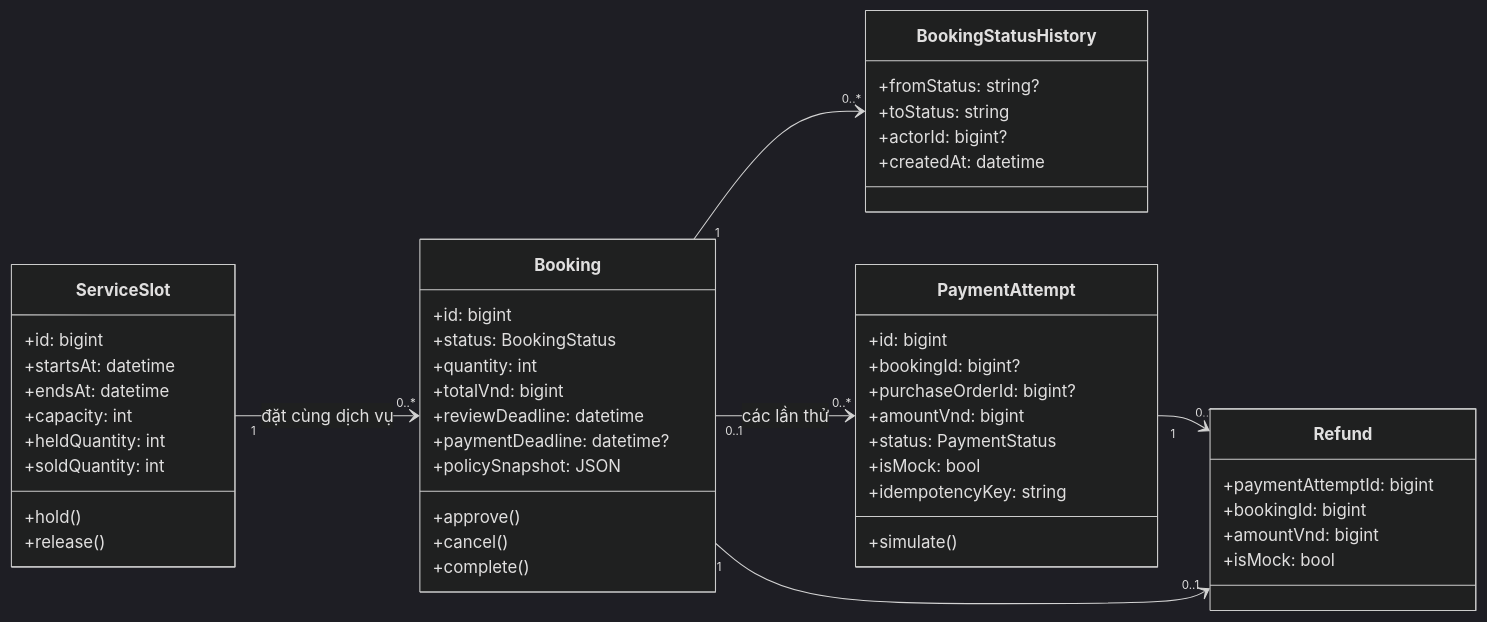
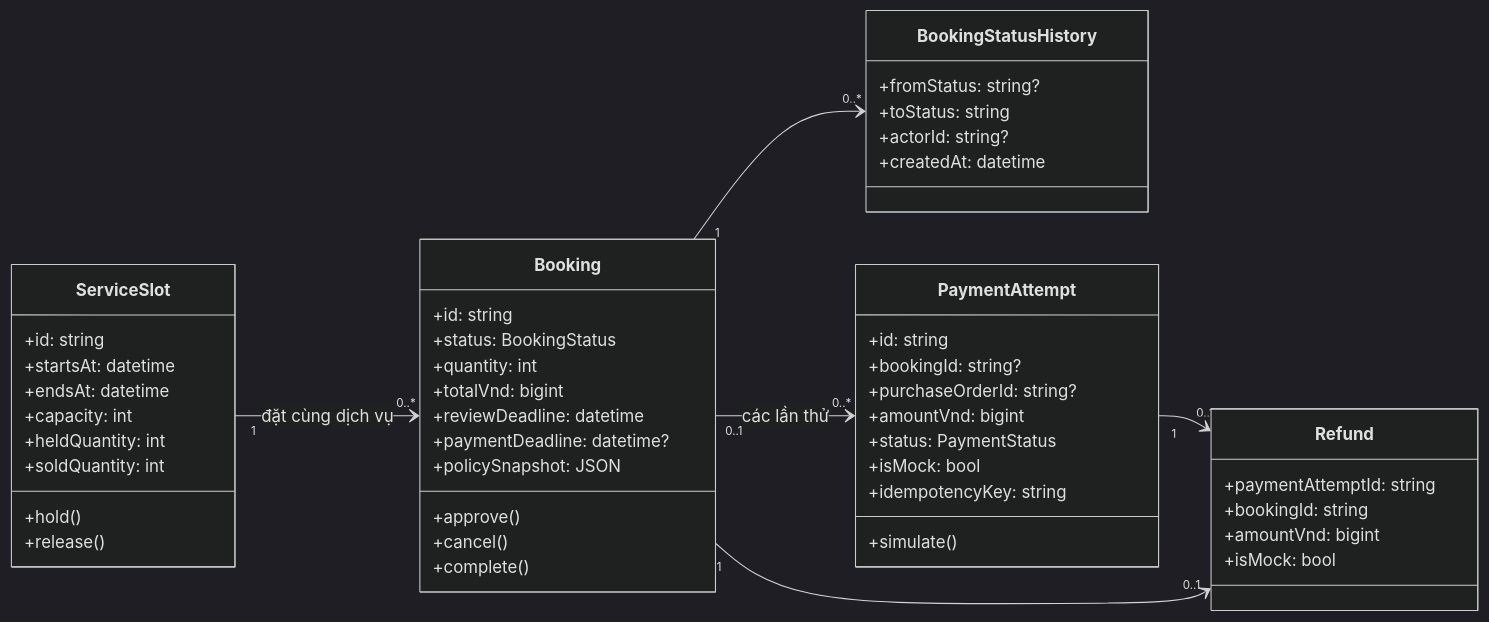
Before and after one commit to YangKlee/GiaLai-Travel: the fourth of 7 diagrams in docs/srs/07-class-diagram.md, drawn with Mermaid (dark theme). The commit also changed other lines of this file and 4 other files, not shown here.

````diff
--- a/docs/srs/07-class-diagram.md
+++ b/docs/srs/07-class-diagram.md
@@ -237,53 +240,53 @@
 ```mermaid
 classDiagram
 direction LR
 class ServiceSlot {
-    +id: bigint
+    +id: string
     +startsAt: datetime
     +endsAt: datetime
     +capacity: int
     +heldQuantity: int
     +soldQuantity: int
     +hold()
     +release()
 }
 class Booking {
-    +id: bigint
+    +id: string
     +status: BookingStatus
     +quantity: int
     +totalVnd: bigint
     +reviewDeadline: datetime
     +paymentDeadline: datetime?
     +policySnapshot: JSON
     +approve()
     +cancel()
     +complete()
 }
 class BookingStatusHistory {
     +fromStatus: string?
     +toStatus: string
-    +actorId: bigint?
+    +actorId: string?
     +createdAt: datetime
 }
 class PaymentAttempt {
-    +id: bigint
-    +bookingId: bigint?
-    +purchaseOrderId: bigint?
+    +id: string
+    +bookingId: string?
+    +purchaseOrderId: string?
     +amountVnd: bigint
     +status: PaymentStatus
     +isMock: bool
     +idempotencyKey: string
     +simulate()
 }
 class Refund {
-    +paymentAttemptId: bigint
-    +bookingId: bigint
+    +paymentAttemptId: string
+    +bookingId: string
     +amountVnd: bigint
     +isMock: bool
 }
 ServiceSlot "1" --> "0..*" Booking : đặt cùng dịch vụ
 Booking "1" --> "0..*" BookingStatusHistory
 Booking "0..1" --> "0..*" PaymentAttempt : các lần thử
 PaymentAttempt "1" --> "0..1" Refund
 Booking "1" --> "0..1" Refund
 ```
````
